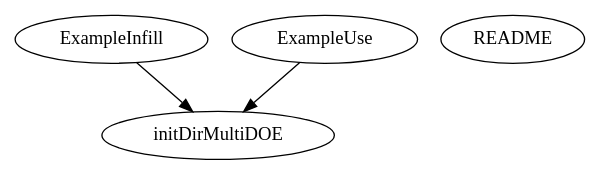
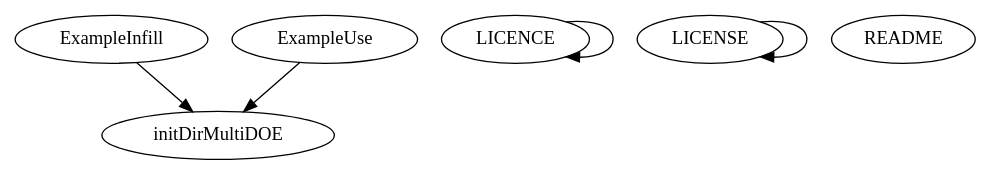
The diagram in doc/MultiDOE/graph.dot (luclaurent/MultiDOE), drawn with Graphviz before and after one commit. The commit also changed 99 other files, not shown here.

```diff
--- a/doc/MultiDOE/graph.dot
+++ b/doc/MultiDOE/graph.dot
@@ -1,10 +1,14 @@
 /* Created by mdot for Matlab */
 digraph m2html {
   ExampleInfill -> initDirMultiDOE;
   ExampleUse -> initDirMultiDOE;
+  LICENCE -> LICENCE;
+  LICENSE -> LICENSE;
 
   ExampleInfill [URL="ExampleInfill.html"];
   ExampleUse [URL="ExampleUse.html"];
+  LICENCE [URL="LICENCE.html"];
+  LICENSE [URL="LICENSE.html"];
   README [URL="README.html"];
   initDirMultiDOE [URL="initDirMultiDOE.html"];
 }
```
